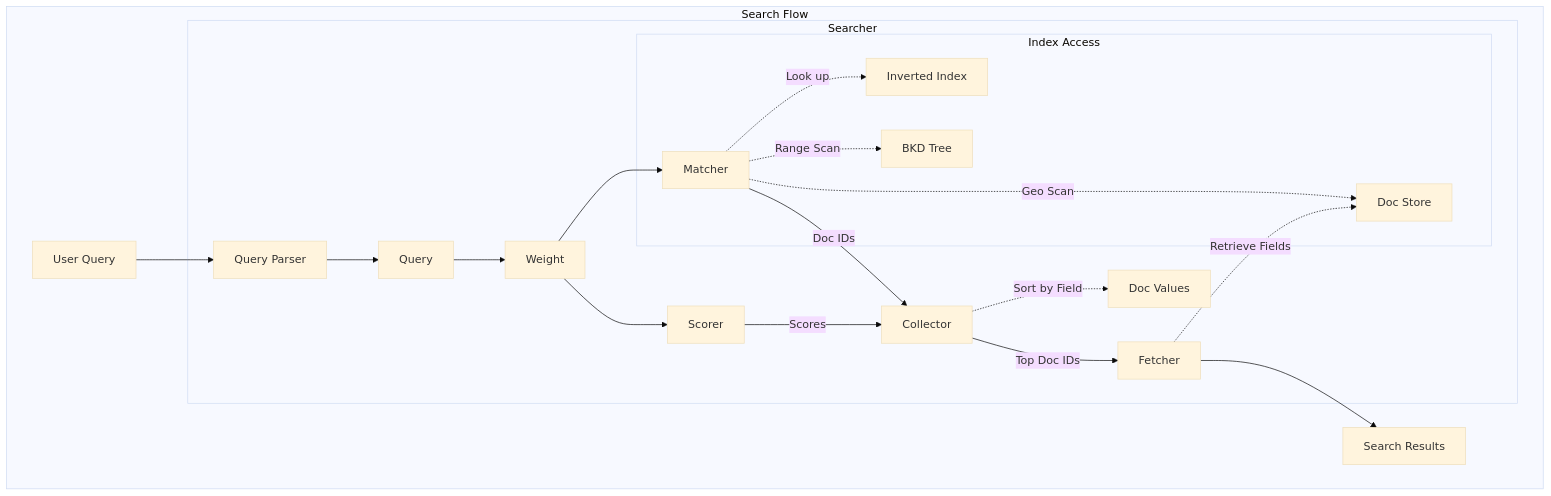
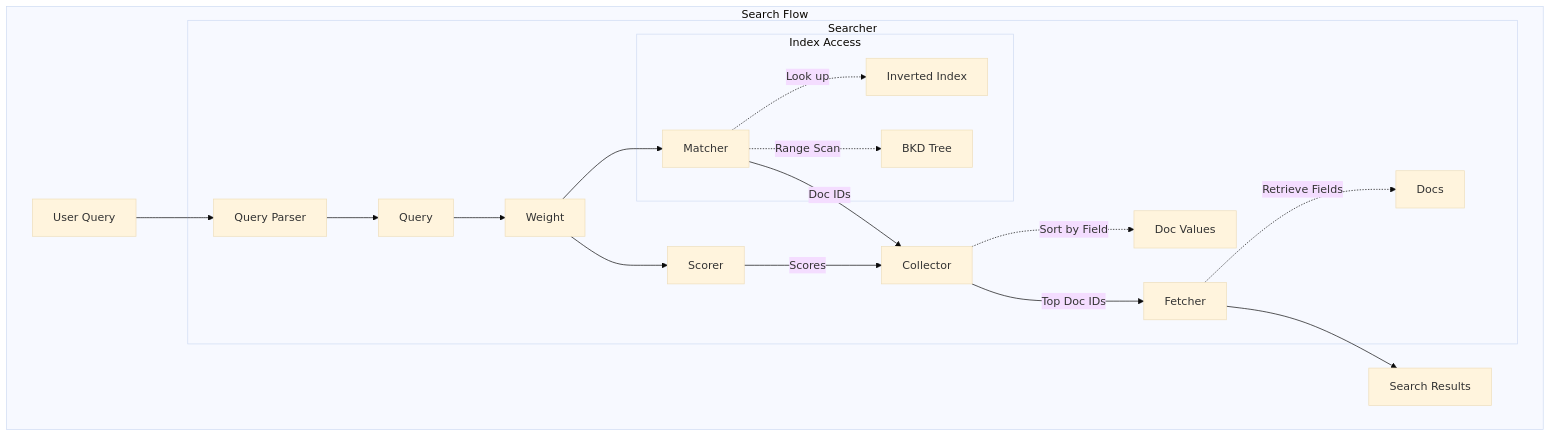
One commit to mosuka/iris changed the third of 3 diagrams in docs/src/concepts/lexical_search.md. Above: the diagram before and after it, drawn with Mermaid (base theme). The commit also changed other lines of this file and 9 other files, not shown here.

````diff
--- a/docs/src/concepts/lexical_search.md
+++ b/docs/src/concepts/lexical_search.md
@@ -315,27 +315,26 @@
 ```mermaid
 graph TD
     subgraph "Search Flow"
         UserQuery["User Query"] --> Parser
         
         subgraph "Searcher"
             Parser["Query Parser"] --> QueryObj["Query"]
             QueryObj --> WeightObj["Weight"]
             WeightObj --> MatcherObj["Matcher"]
             WeightObj --> ScorerObj["Scorer"]
             
             subgraph "Index Access"
                 MatcherObj -.->|Look up| II["Inverted Index"]
                 MatcherObj -.->|Range Scan| BKD["BKD Tree"]
-                MatcherObj -.->|Geo Scan| Docs["Doc Store"]
             end
             
             MatcherObj -->|Doc IDs| CollectorObj["Collector"]
             ScorerObj -->|Scores| CollectorObj
             CollectorObj -.->|Sort by Field| DV["Doc Values"]
             CollectorObj -->|Top Doc IDs| Fetcher["Fetcher"]
             Fetcher -.->|Retrieve Fields| Docs
         end
         
         Fetcher --> Result["Search Results"]
     end
 ```
````
